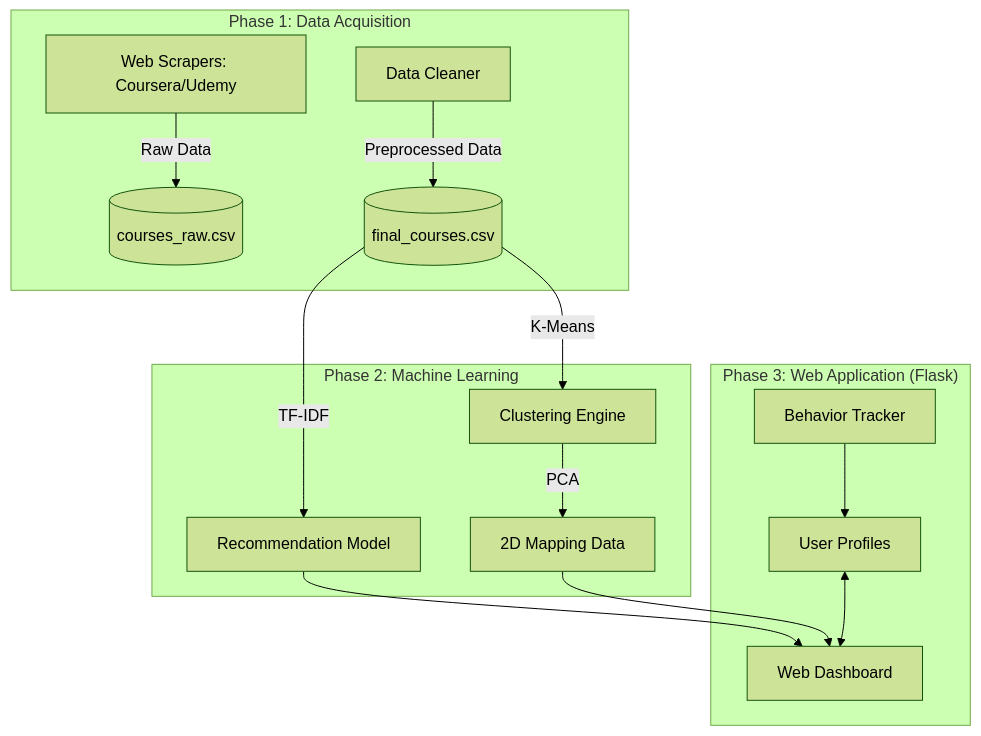
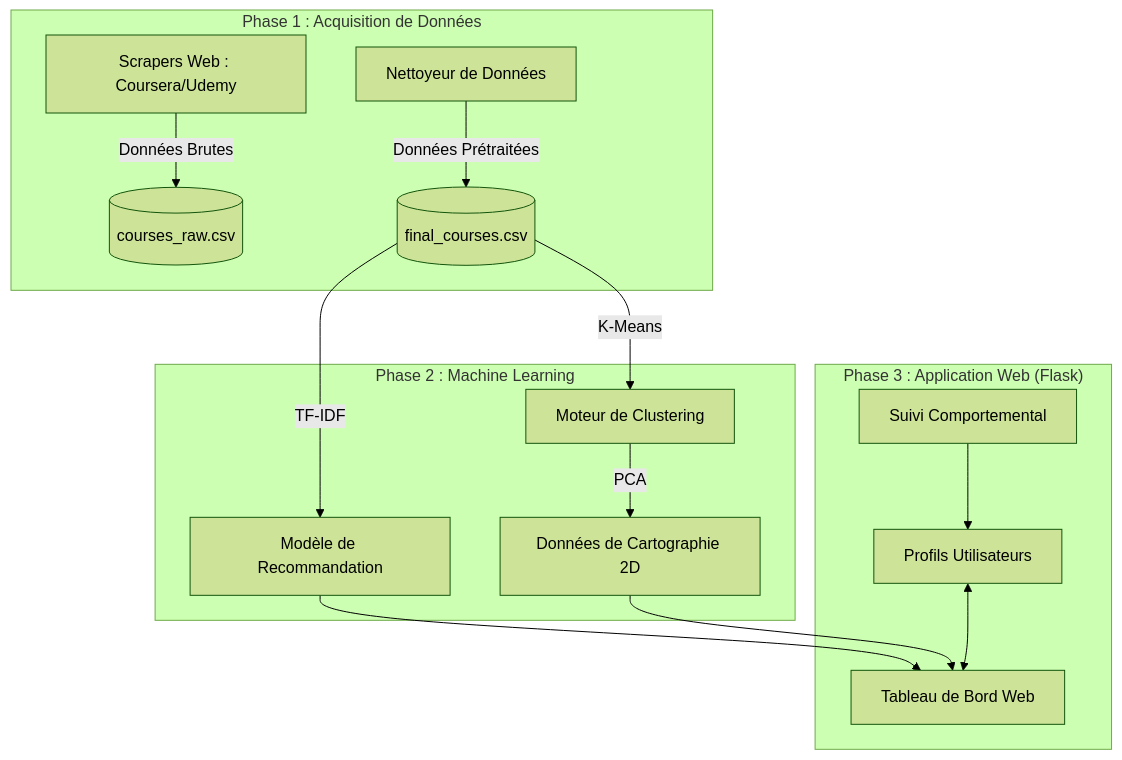
One commit to Badr-Bouymejjane/PFM_Python_MSDIA changed the diagram in reporting files/md files/FULL_PROJECT_DOCUMENTATION.md. Above: the diagram before and after it, drawn with Mermaid (forest theme). The commit also changed other lines of this file and 29 other files, not shown here.

Commit message:
feat: Implement a comprehensive course recommendation system including web scrapers, ML models, an analytics dashboard, and supporting documentation.

````diff
--- a/reporting files/md files/FULL_PROJECT_DOCUMENTATION.md
+++ b/reporting files/md files/FULL_PROJECT_DOCUMENTATION.md
@@ -13,20 +13,20 @@
 ```mermaid
 graph TD
-    subgraph "Phase 1: Data Acquisition"
-        Scrapers[Web Scrapers: Coursera/Udemy] -->|Raw Data| CSV_Raw[(courses_raw.csv)]
-        Cleaner[Data Cleaner] -->|Preprocessed Data| CSV_Clean[(final_courses.csv)]
+    subgraph "Phase 1 : Acquisition de Données"
+        Scrapers[Scrapers Web : Coursera/Udemy] -->|Données Brutes| CSV_Raw[(courses_raw.csv)]
+        Cleaner[Nettoyeur de Données] -->|Données Prétraitées| CSV_Clean[(final_courses.csv)]
     end
 
-    subgraph "Phase 2: Machine Learning"
-        CSV_Clean -->|TF-IDF| Recommender[Recommendation Model]
-        CSV_Clean -->|K-Means| Clustering[Clustering Engine]
-        Clustering -->|PCA| VizData[2D Mapping Data]
+    subgraph "Phase 2 : Machine Learning"
+        CSV_Clean -->|TF-IDF| Recommender[Modèle de Recommandation]
+        CSV_Clean -->|K-Means| Clustering[Moteur de Clustering]
+        Clustering -->|PCA| VizData[Données de Cartographie 2D]
     end
 
-    subgraph "Phase 3: Web Application (Flask)"
-        Recommender --> Interface[Web Dashboard]
+    subgraph "Phase 3 : Application Web (Flask)"
+        Recommender --> Interface[Tableau de Bord Web]
         VizData --> Interface
-        Profiles[User Profiles] <--> Interface
-        Tracker[Behavior Tracker] --> Profiles
+        Profiles[Profils Utilisateurs] <--> Interface
+        Tracker[Suivi Comportemental] --> Profiles
     end
 ```
````
